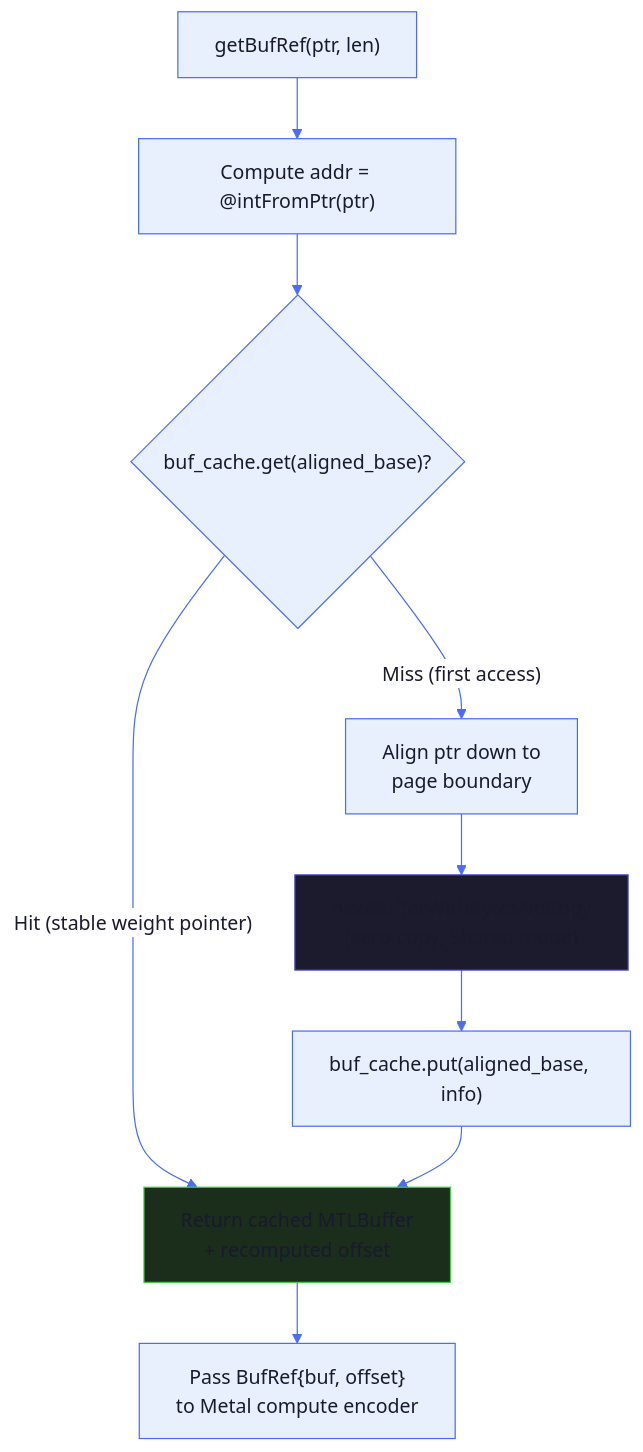
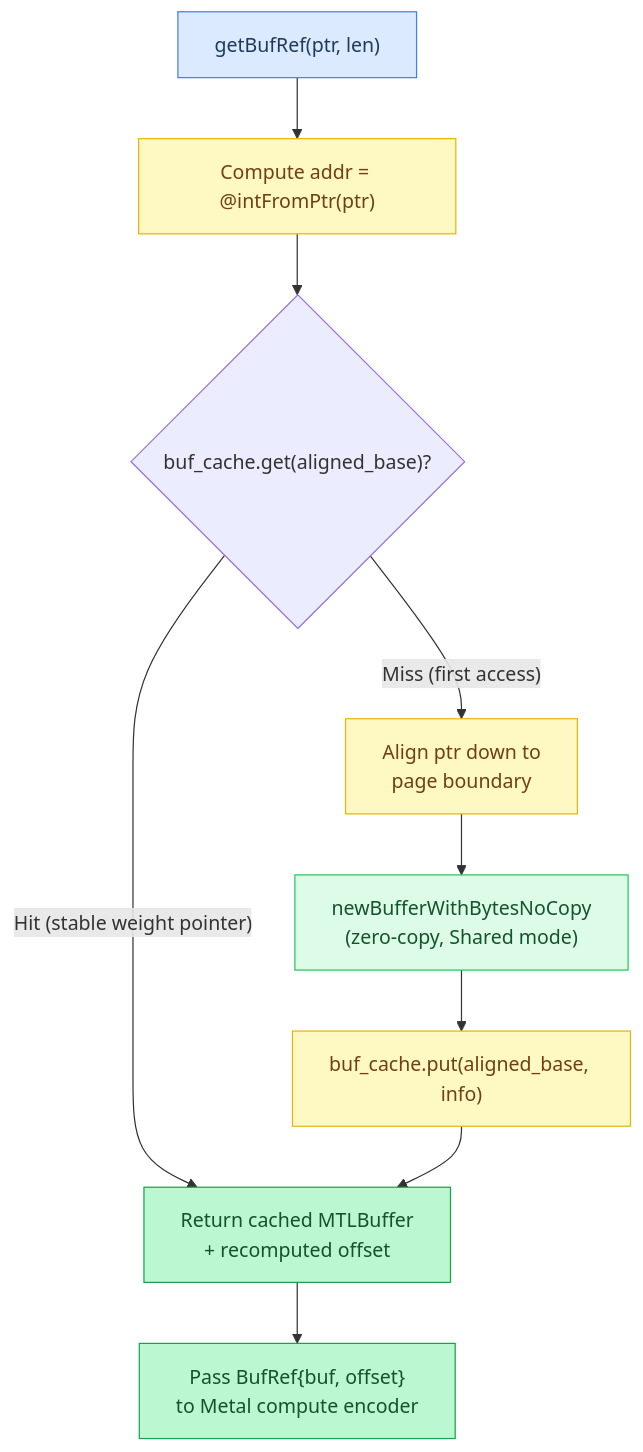
The second of 9 diagrams in docs/tutorial/11-metal-backend-internals.md (maci0/agave), drawn with Mermaid before and after one commit. The commit also changed other lines of this file and 24 other files, not shown here.

First line of the commit message:
docs: convert all mermaid diagrams to classDef semantic colors

````diff
--- a/docs/tutorial/11-metal-backend-internals.md
+++ b/docs/tutorial/11-metal-backend-internals.md
@@ -71,30 +66,28 @@
 ```mermaid
-%%{init: {'theme': 'base', 'themeVariables': {
-  'primaryColor': '#e8f0fe',
-  'primaryTextColor': '#1a1a2e',
-  'primaryBorderColor': '#4a6cf7',
-  'lineColor': '#4a6cf7',
-  'secondaryColor': '#f0f4ff',
-  'tertiaryColor': '#f8f9ff',
-  'edgeLabelBackground': '#ffffff',
-  'clusterBkg': '#f0f4ff',
-  'clusterBorder': '#4a6cf7',
-  'titleColor': '#1a1a2e',
-  'nodeTextColor': '#1a1a2e',
-  'fontFamily': 'ui-monospace, SFMono-Regular, monospace'
-}}}%%
 flowchart TD
-    Call["getBufRef(ptr, len)"] --> Hash["Compute addr = @intFromPtr(ptr)"]
+    classDef setup     fill:#dbeafe,stroke:#3b82f6,color:#1e3a5f
+    classDef sync      fill:#dcfce7,stroke:#22c55e,color:#14532d
+    classDef migration fill:#fef9c3,stroke:#eab308,color:#713f12
+    classDef success   fill:#bbf7d0,stroke:#16a34a,color:#14532d
+    classDef danger    fill:#fee2e2,stroke:#ef4444,color:#7f1d1d
+    classDef optional  fill:#f3e8ff,stroke:#9333ea,color:#581c87
+
+    Call["getBufRef(ptr, len)"]:::setup
+    Hash["Compute addr = @intFromPtr(ptr)"]:::migration
+    Return["Return cached MTLBuffer\n+ recomputed offset"]:::success
+    Align["Align ptr down to\npage boundary"]:::migration
+    Wrap["newBufferWithBytesNoCopy\n(zero-copy, Shared mode)"]:::sync
+    Store["buf_cache.put(aligned_base, info)"]:::migration
+    Kernel["Pass BufRef{buf, offset}\nto Metal compute encoder"]:::success
+
+    Call --> Hash
     Hash --> Lookup{"buf_cache.get(aligned_base)?"}
 
-    Lookup -->|"Hit (stable weight pointer)"| Return["Return cached MTLBuffer\n+ recomputed offset"]
-    Lookup -->|"Miss (first access)"| Align["Align ptr down to\npage boundary"]
-    Align --> Wrap["newBufferWithBytesNoCopy\n(zero-copy, Shared mode)"]
-    Wrap --> Store["buf_cache.put(aligned_base, info)"]
+    Lookup -->|"Hit (stable weight pointer)"| Return
+    Lookup -->|"Miss (first access)"| Align
+    Align --> Wrap
+    Wrap --> Store
     Store --> Return
 
-    Return --> Kernel["Pass BufRef{buf, offset}\nto Metal compute encoder"]
-
-    style Return fill:#1b2d1b,stroke:#44cc44
-    style Wrap fill:#1b1b2d,stroke:#4444cc
+    Return --> Kernel
 ```
````
